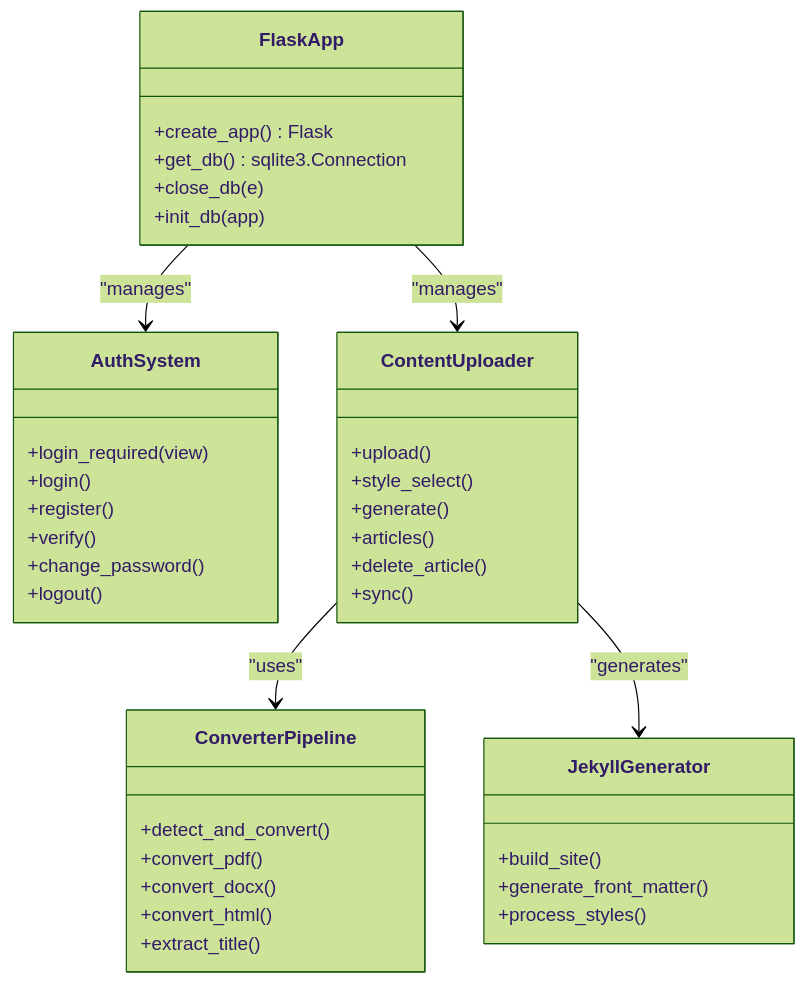
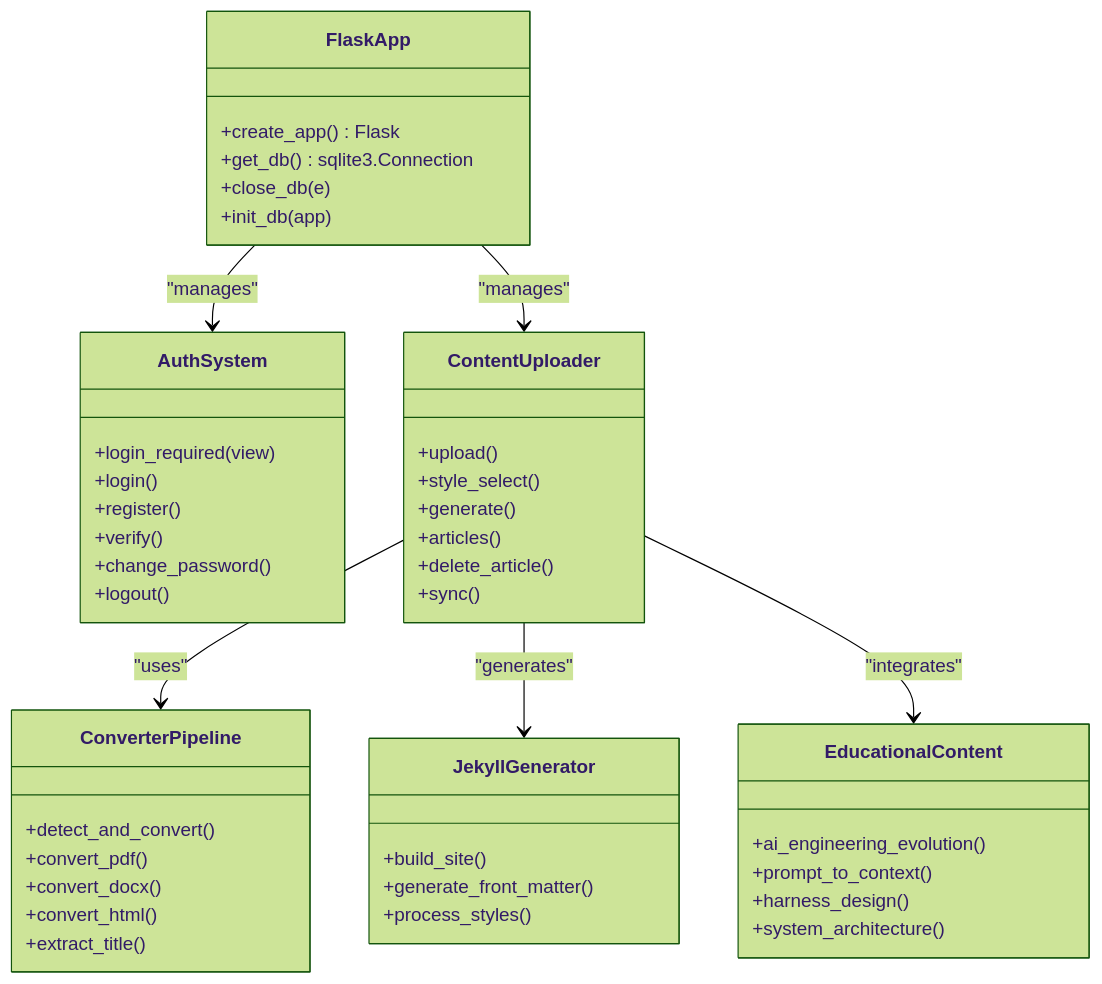
Before and after one commit to PolarisW007/PolaZhenJing: the second of 3 diagrams in .qoder/repowiki/en/content/Backend Application/AI Integration.md, drawn with Mermaid (forest theme). The commit also changed other lines of this file and 2 other files, not shown here.

````diff
--- a/.qoder/repowiki/en/content/Backend Application/AI Integration.md
+++ b/.qoder/repowiki/en/content/Backend Application/AI Integration.md
@@ -122,41 +148,48 @@
 ```mermaid
 classDiagram
 class FlaskApp {
 +create_app() Flask
 +get_db() sqlite3.Connection
 +close_db(e)
 +init_db(app)
 }
 class AuthSystem {
 +login_required(view)
 +login()
 +register()
 +verify()
 +change_password()
 +logout()
 }
 class ContentUploader {
 +upload()
 +style_select()
 +generate()
 +articles()
 +delete_article()
 +sync()
 }
 class ConverterPipeline {
 +detect_and_convert()
 +convert_pdf()
 +convert_docx()
 +convert_html()
 +extract_title()
 }
 class JekyllGenerator {
 +build_site()
 +generate_front_matter()
 +process_styles()
 }
+class EducationalContent {
++ai_engineering_evolution()
++prompt_to_context()
++harness_design()
++system_architecture()
+}
 FlaskApp --> AuthSystem : "manages"
 FlaskApp --> ContentUploader : "manages"
 ContentUploader --> ConverterPipeline : "uses"
 ContentUploader --> JekyllGenerator : "generates"
+ContentUploader --> EducationalContent : "integrates"
 ```
````
